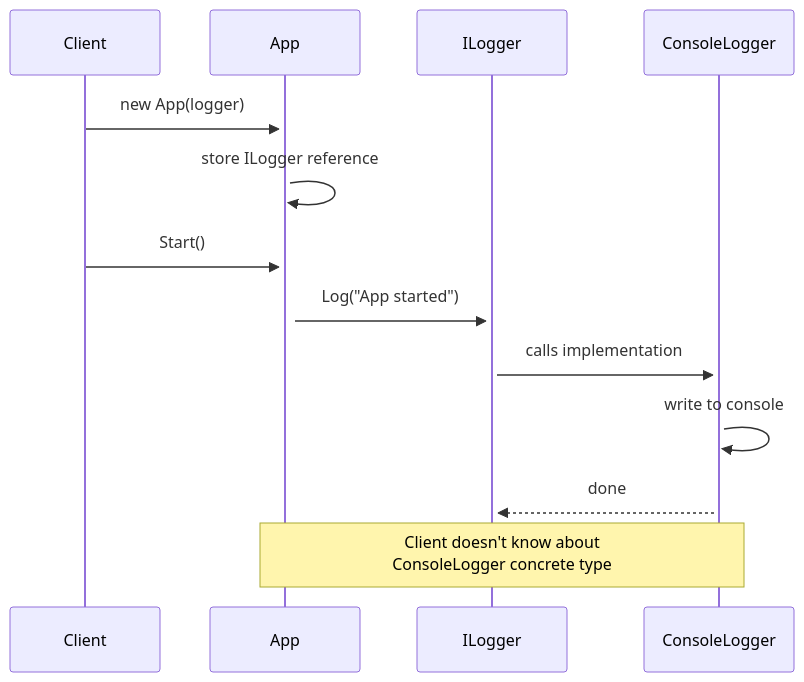
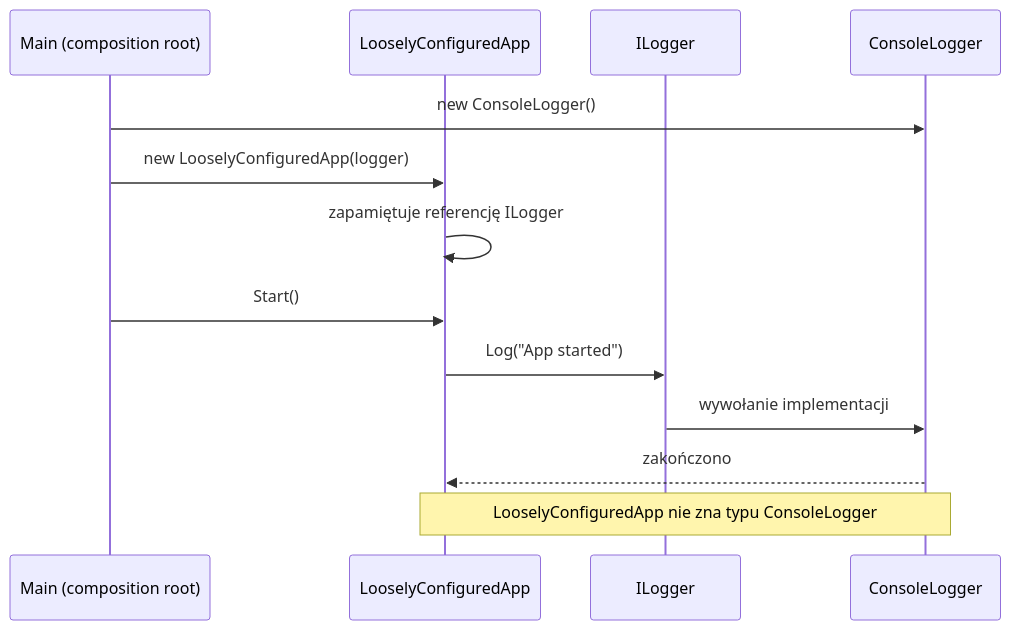
One commit to tborzyszkowski/csharp-programming changed the fifth of 6 diagrams in src/07-interfejsy_abstrakcje/_04_interfaces_intro/diagrams/dependency_injection.md. Above: the diagram before and after it, drawn with Mermaid. The commit also changed other lines of this file and 12 other files, not shown here.

````diff
--- a/src/07-interfejsy_abstrakcje/_04_interfaces_intro/diagrams/dependency_injection.md
+++ b/src/07-interfejsy_abstrakcje/_04_interfaces_intro/diagrams/dependency_injection.md
@@ -147,17 +121,17 @@
 ```mermaid
 sequenceDiagram
-    participant Client
-    participant App
-    participant ILogger
-    participant ConsoleLogger
+    participant Main as Main (composition root)
+    participant App as LooselyConfiguredApp
+    participant ILogger as ILogger
+    participant ConsoleLogger as ConsoleLogger
+
+    Main->>ConsoleLogger: new ConsoleLogger()
+    Main->>App: new LooselyConfiguredApp(logger)
+    App->>App: zapamiętuje referencję ILogger
+    Main->>App: Start()
+    App->>ILogger: Log("App started")
+    ILogger->>ConsoleLogger: wywołanie implementacji
+    ConsoleLogger-->>App: zakończono
     
-    Client->>+App: new App(logger)
-    App->>App: store ILogger reference
-    Client->>+App: Start()
-    App->>+ILogger: Log("App started")
-    ILogger->>+ConsoleLogger: calls implementation
-    ConsoleLogger->>ConsoleLogger: write to console
-    ConsoleLogger-->>ILogger: done
-    
-    note over App,ConsoleLogger: Client doesn't know about<br/>ConsoleLogger concrete type
+    Note over App,ConsoleLogger: LooselyConfiguredApp nie zna typu ConsoleLogger
 ```
````
